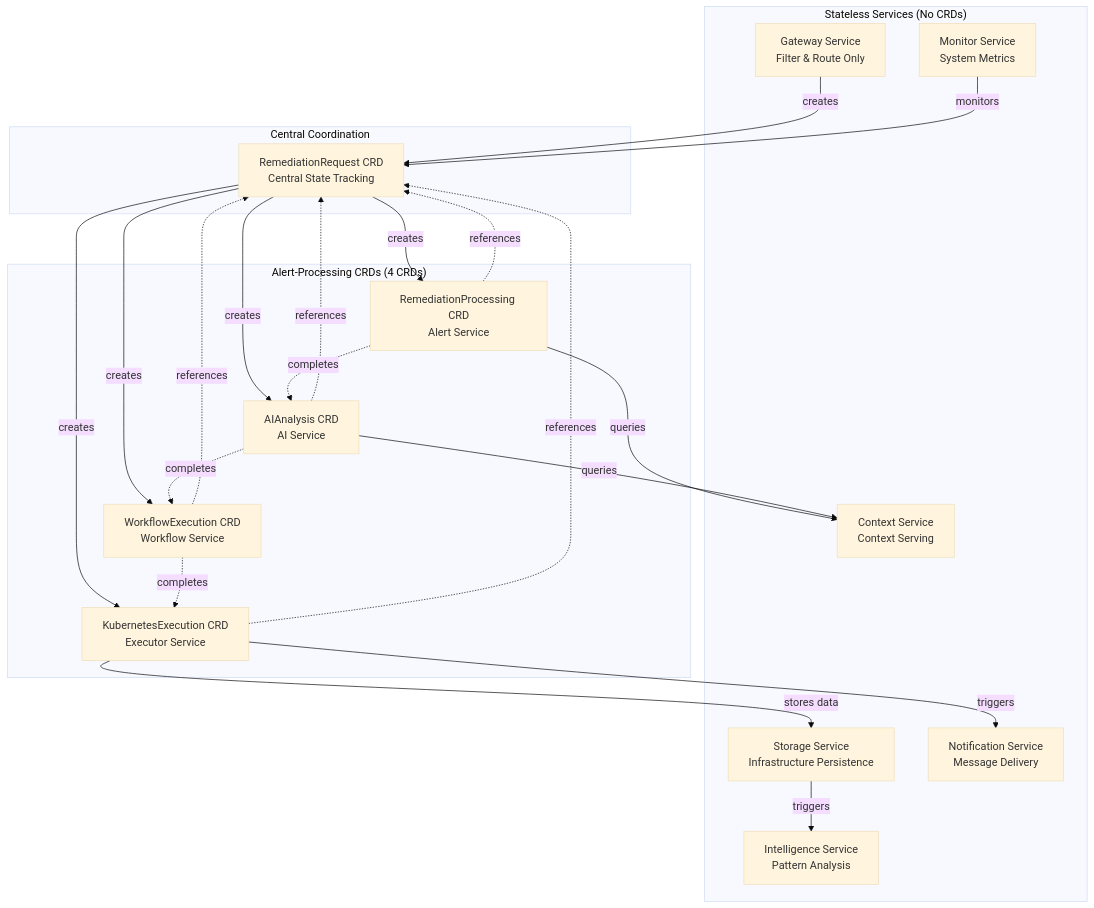
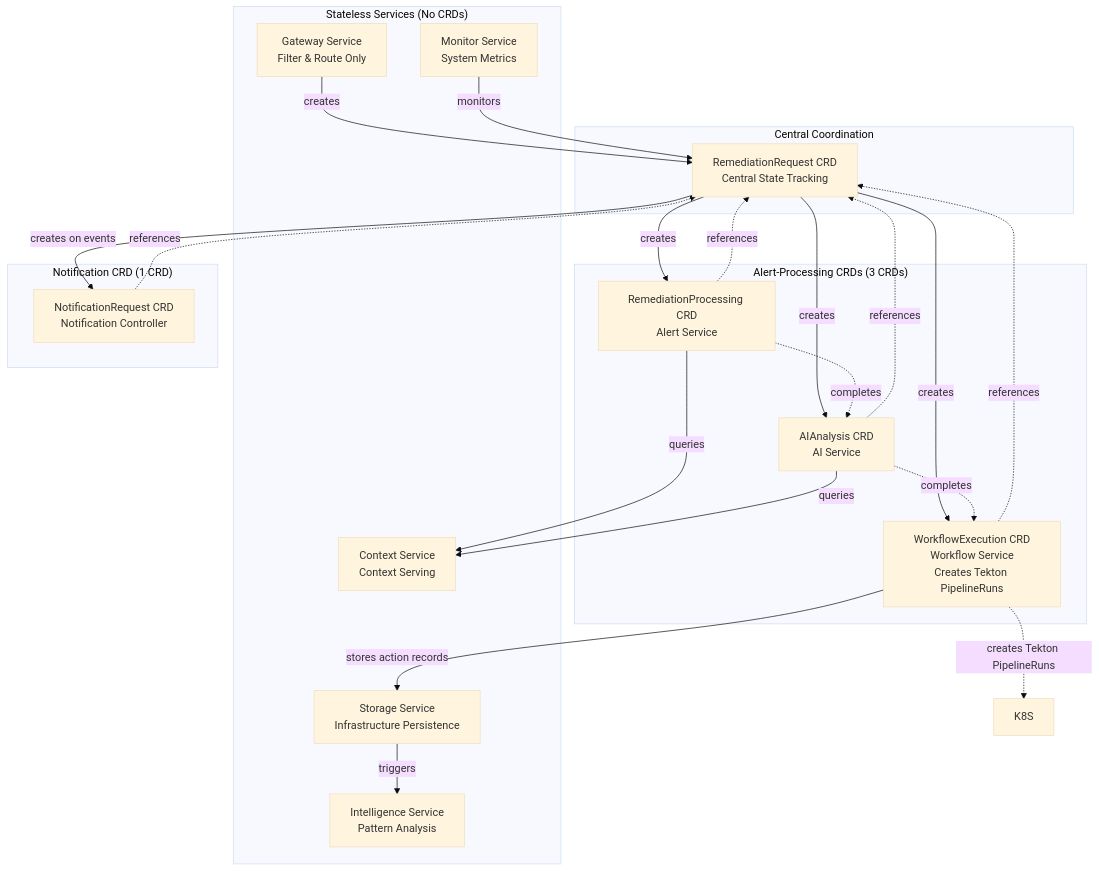
One commit to jordigilh/kubernaut changed the first of 3 diagrams in docs/architecture/MULTI_CRD_RECONCILIATION_ARCHITECTURE.md. Above: the diagram before and after it, drawn with Mermaid (base theme). The commit also changed other lines of this file and 504 other files, not shown here.

````diff
--- a/docs/architecture/MULTI_CRD_RECONCILIATION_ARCHITECTURE.md
+++ b/docs/architecture/MULTI_CRD_RECONCILIATION_ARCHITECTURE.md
@@ -49,50 +77,51 @@
 ```mermaid
 graph TB
     subgraph "Stateless Services (No CRDs)"
         GW[Gateway Service<br/>Filter & Route Only]
         STO[Storage Service<br/>Infrastructure Persistence]
         INT[Intelligence Service<br/>Pattern Analysis]
         MON[Monitor Service<br/>System Metrics]
         CTX[Context Service<br/>Context Serving]
-        NOT[Notification Service<br/>Message Delivery]
     end
 
     subgraph "Central Coordination"
         RMS[RemediationRequest CRD<br/>Central State Tracking]
     end
 
-    subgraph "Alert-Processing CRDs (4 CRDs)"
+    subgraph "Alert-Processing CRDs (3 CRDs)"
         APC[RemediationProcessing CRD<br/>Alert Service]
         AIC[AIAnalysis CRD<br/>AI Service]
-        WFC[WorkflowExecution CRD<br/>Workflow Service]
-        EXC[KubernetesExecution CRD<br/>Executor Service]
+        WFC[WorkflowExecution CRD<br/>Workflow Service<br/>Creates Tekton PipelineRuns]
+    end
+
+    subgraph "Notification CRD (1 CRD)"
+        NOTC[NotificationRequest CRD<br/>Notification Controller]
     end
 
     %% Gateway creates only RemediationRequest
     GW -->|creates| RMS
 
     %% RemediationRequest creates all phase CRDs
     RMS -->|creates| APC
     RMS -->|creates| AIC
     RMS -->|creates| WFC
-    RMS -->|creates| EXC
+    RMS -->|creates on events| NOTC
 
     %% Phase progression (watch-based)
     APC -.->|completes| AIC
     AIC -.->|completes| WFC
-    WFC -.->|completes| EXC
+    WFC -.->|creates Tekton PipelineRuns| K8S
 
     %% CRD references to central
     APC -.->|references| RMS
     AIC -.->|references| RMS
     WFC -.->|references| RMS
-    EXC -.->|references| RMS
+    NOTC -.->|references| RMS
 
     %% Stateless service interactions
     APC -->|queries| CTX
     AIC -->|queries| CTX
-    EXC -->|stores data| STO
-    EXC -->|triggers| NOT
+    WFC -->|stores action records| STO
     STO -->|triggers| INT
     MON -->|monitors| RMS
 ```
````
